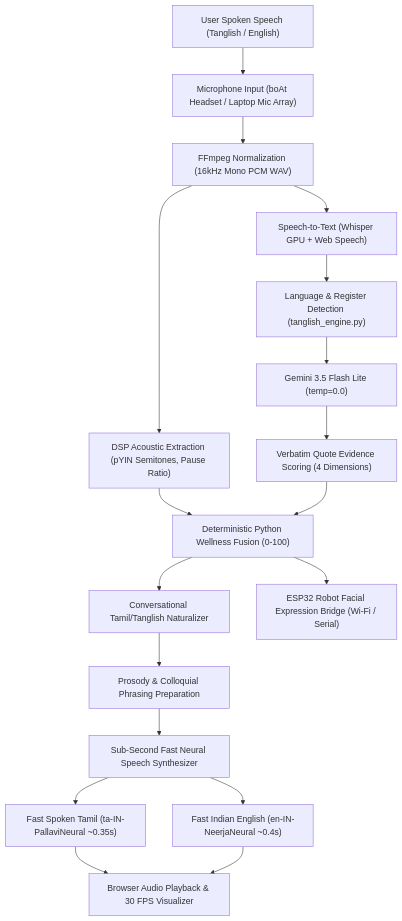
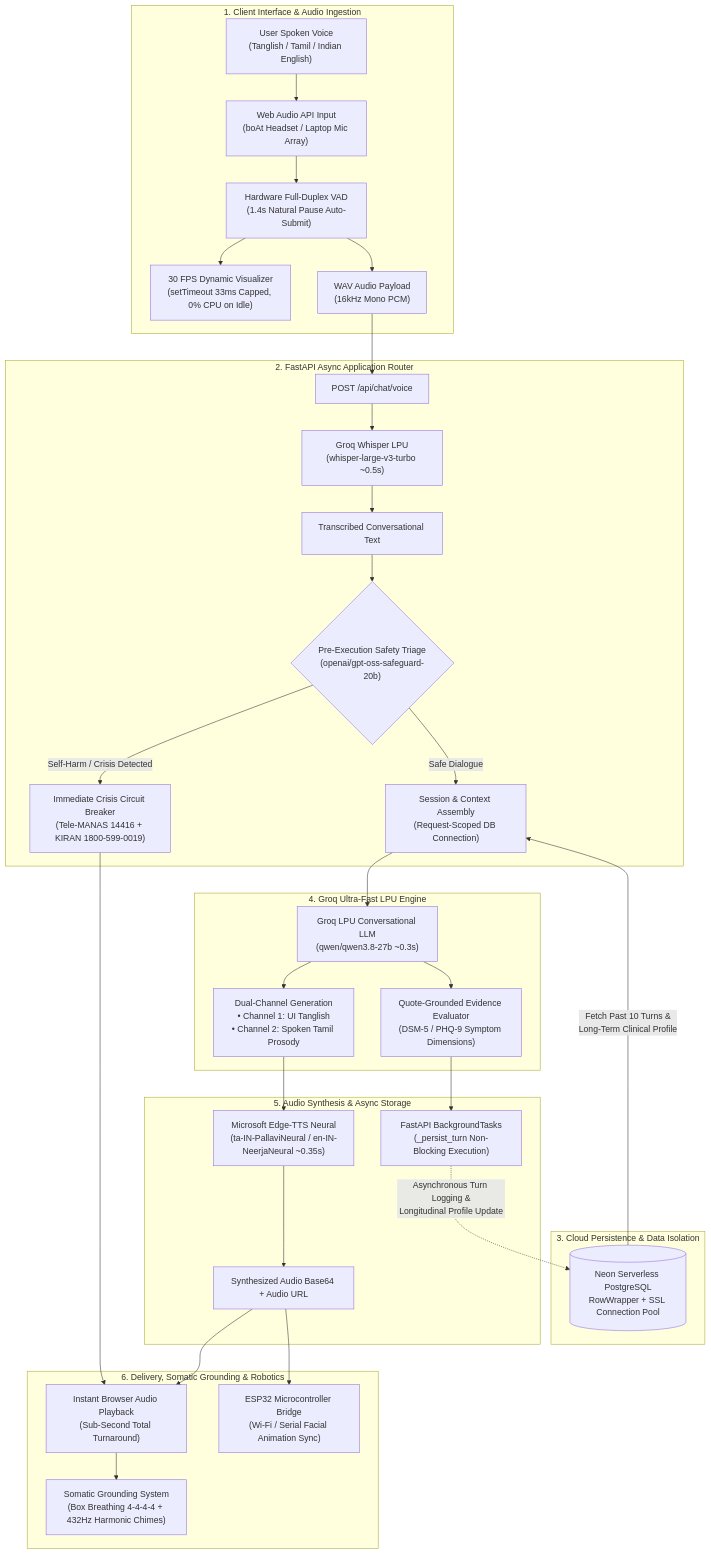
One commit to logesh-profile/arogya changed the first of 2 diagrams in README.md. Above: the diagram before and after it, drawn with Mermaid. The commit also changed other lines of this file, not shown here.

Commit message:
docs: Update README with comprehensive system architecture, real showcase assets & Groq pipeline

````diff
--- a/README.md
+++ b/README.md
@@ -79,22 +78,56 @@
 ```mermaid
-graph TD
-    A["User Spoken Speech (Tanglish / English)"] --> B["Microphone Input (boAt Headset / Laptop Mic Array)"]
-    B --> C["FFmpeg Normalization (16kHz Mono PCM WAV)"]
-    C --> D["Speech-to-Text (Whisper GPU + Web Speech)"]
-    C --> E["DSP Acoustic Extraction (pYIN Semitones, Pause Ratio)"]
-    
-    D --> F["Language & Register Detection (tanglish_engine.py)"]
-    F --> G["Gemini 3.5 Flash Lite (temp=0.0)"]
-    G --> H["Verbatim Quote Evidence Scoring (4 Dimensions)"]
-    E --> I["Deterministic Python Wellness Fusion (0-100)"]
-    H --> I
-    
-    I --> J["Conversational Tamil/Tanglish Naturalizer"]
-    J --> K["Prosody & Colloquial Phrasing Preparation"]
-    K --> L["Sub-Second Fast Neural Speech Synthesizer"]
-    L --> M["Fast Spoken Tamil (ta-IN-PallaviNeural ~0.35s)"]
-    L --> N["Fast Indian English (en-IN-NeerjaNeural ~0.4s)"]
-    M --> P["Browser Audio Playback & 30 FPS Visualizer"]
-    N --> P
-    I --> Q["ESP32 Robot Facial Expression Bridge (Wi-Fi / Serial)"]
+flowchart TD
+    %% Audio Ingestion & Frontend
+    subgraph ClientLayer ["1. Client Interface & Audio Ingestion"]
+        A["User Spoken Voice\n(Tanglish / Tamil / Indian English)"] --> B["Web Audio API Input\n(boAt Headset / Laptop Mic Array)"]
+        B --> C["Hardware Full-Duplex VAD\n(1.4s Natural Pause Auto-Submit)"]
+        C --> D["30 FPS Dynamic Visualizer\n(setTimeout 33ms Capped, 0% CPU on Idle)"]
+        C --> E["WAV Audio Payload\n(16kHz Mono PCM)"]
+    end
+
+    %% Edge Safety & High-Speed STT
+    subgraph FastAPILayer ["2. FastAPI Async Application Router"]
+        E --> F["POST /api/chat/voice"]
+        F --> G["Groq Whisper LPU\n(whisper-large-v3-turbo ~0.5s)"]
+        G --> H["Transcribed Conversational Text"]
+        H --> I{"Pre-Execution Safety Triage\n(openai/gpt-oss-safeguard-20b)"}
+        
+        %% Crisis Branch
+        I -- "Self-Harm / Crisis Detected" --> CR["Immediate Crisis Circuit Breaker\n(Tele-MANAS 14416 + KIRAN 1800-599-0019)"]
+        
+        %% Safe Reasoning Branch
+        I -- "Safe Dialogue" --> J["Session & Context Assembly\n(Request-Scoped DB Connection)"]
+    end
+
+    %% Database & State Isolation
+    subgraph StorageLayer ["3. Cloud Persistence & Data Isolation"]
+        DB[(Neon Serverless PostgreSQL\nRowWrapper + SSL Connection Pool)]
+        DB -->|"Fetch Past 10 Turns &\nLong-Term Clinical Profile"| J
+    end
+
+    %% Groq LPU Reasoning & Evidence Scoring
+    subgraph GroqLPULayer ["4. Groq Ultra-Fast LPU Engine"]
+        J --> K["Groq LPU Conversational LLM\n(qwen/qwen3.8-27b ~0.3s)"]
+        K --> L["Dual-Channel Generation\n• Channel 1: UI Tanglish\n• Channel 2: Spoken Tamil Prosody"]
+        K --> M["Quote-Grounded Evidence Evaluator\n(DSM-5 / PHQ-9 Symptom Dimensions)"]
+    end
+
+    %% Voice Synthesis & Async Background Tasks
+    subgraph SpeechOutputLayer ["5. Audio Synthesis & Async Storage"]
+        L --> N["Microsoft Edge-TTS Neural\n(ta-IN-PallaviNeural / en-IN-NeerjaNeural ~0.35s)"]
+        N --> O["Synthesized Audio Base64 + Audio URL"]
+        
+        %% FastAPI BackgroundTasks
+        M --> P["FastAPI BackgroundTasks\n(_persist_turn Non-Blocking Execution)"]
+        P -.->|"Asynchronous Turn Logging &\nLongitudinal Profile Update"| DB
+    end
+
+    %% Response Delivery & Embodiment
+    subgraph EmbodiedOutput ["6. Delivery, Somatic Grounding & Robotics"]
+        O --> Q["Instant Browser Audio Playback\n(Sub-Second Total Turnaround)"]
+        O --> R["ESP32 Microcontroller Bridge\n(Wi-Fi / Serial Facial Animation Sync)"]
+        Q --> S["Somatic Grounding System\n(Box Breathing 4-4-4-4 + 432Hz Harmonic Chimes)"]
+    end
+
+    CR --> Q
 ```
````
